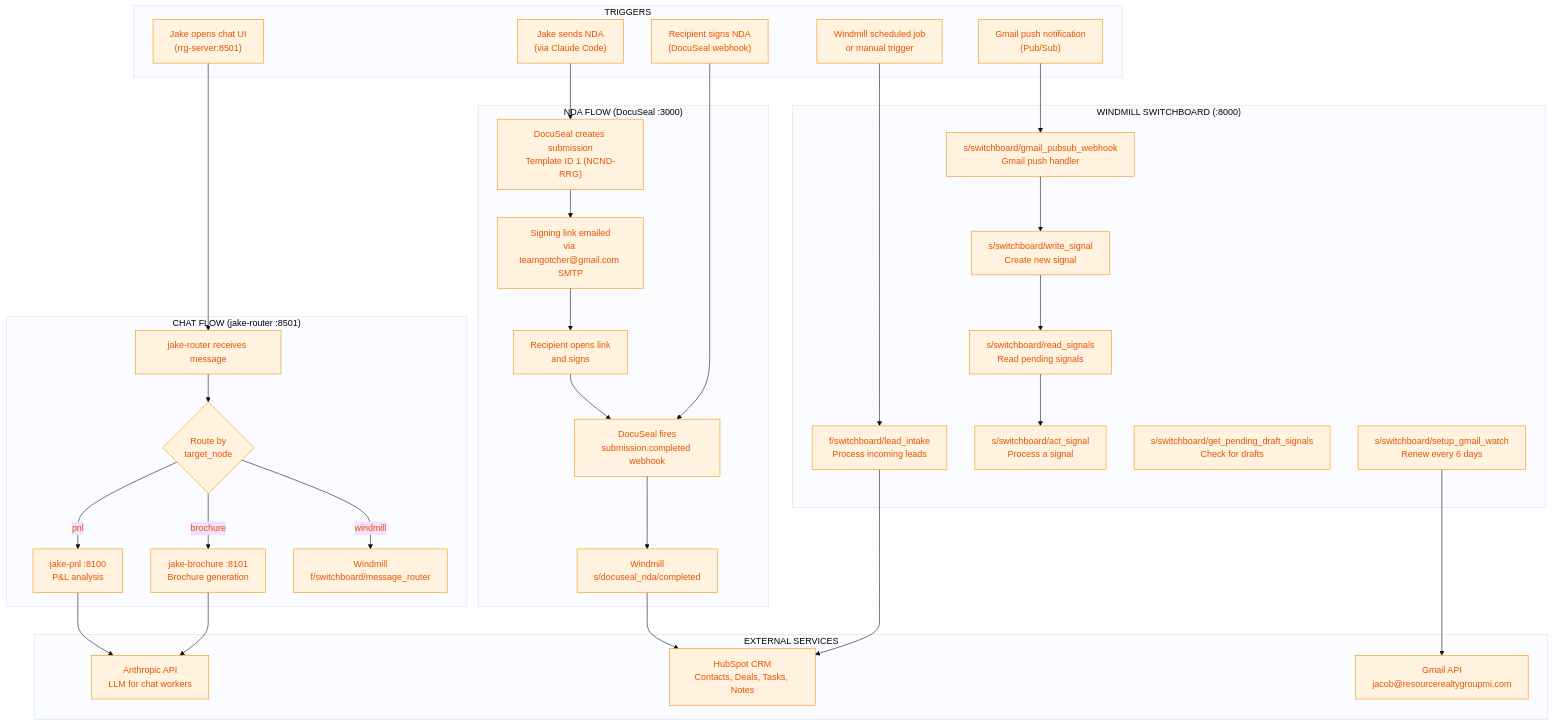
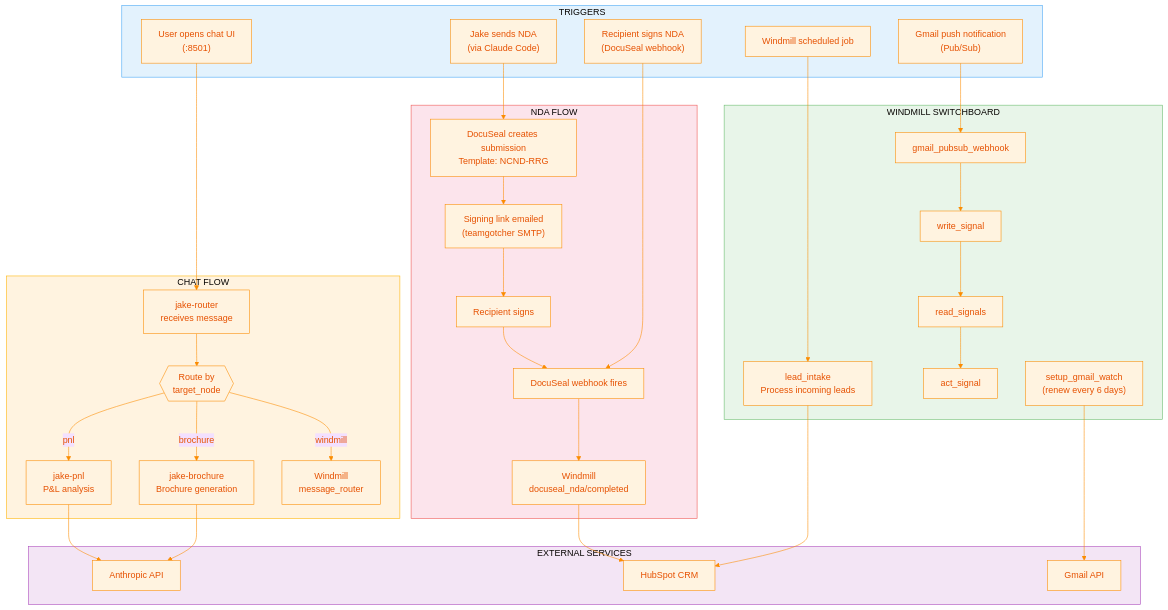
One commit to BeastofOne/rrg-server changed the diagram in docs/mermaid/layer3_workflows.mmd. Above: the diagram before and after it, drawn with Mermaid. The commit also changed 2 other files, not shown here.

Commit message:
Rewrite all three Mermaid layers for clarity and consistency
Layer 1: Remove credentials, eliminate duplicate nodes, grey out offline devices, add Funnel as public internet entry point.
Layer 2: Remove image sizes from labels, separate Funnel into own subgraph inside server, drop source code and build pipeline (belongs in docs not diagrams), add color-coded subgraph styling.
Layer 3: Shorten Windmill paths to readable names, remove orphaned get_pending_draft_signals node, use hexagon for route decision node, add consistent color-coded styling across all subgraphs.

```diff
--- a/docs/mermaid/layer3_workflows.mmd
+++ b/docs/mermaid/layer3_workflows.mmd
@@ -1,73 +1,72 @@
-%%{init: {'theme': 'base', 'themeVariables': { 'primaryColor': '#fff3e0', 'primaryTextColor': '#e65100', 'primaryBorderColor': '#fb8c00'}}}%%
+%%{init: {'theme': 'base', 'themeVariables': { 'primaryColor': '#fff3e0', 'primaryTextColor': '#e65100', 'primaryBorderColor': '#fb8c00', 'lineColor': '#fb8c00'}}}%%
 
 graph TB
     subgraph TRIGGERS["TRIGGERS"]
-        T1["Jake opens chat UI<br/>(rrg-server:8501)"]
-        T2["Jake sends NDA<br/>(via Claude Code)"]
-        T3["Recipient signs NDA<br/>(DocuSeal webhook)"]
-        T4["Windmill scheduled job<br/>or manual trigger"]
-        T5["Gmail push notification<br/>(Pub/Sub)"]
+        T_CHAT["User opens chat UI<br/>(:8501)"]
+        T_NDA["Jake sends NDA<br/>(via Claude Code)"]
+        T_SIGN["Recipient signs NDA<br/>(DocuSeal webhook)"]
+        T_SCHED["Windmill scheduled job"]
+        T_GMAIL["Gmail push notification<br/>(Pub/Sub)"]
     end
 
-    subgraph CHAT_FLOW["CHAT FLOW (jake-router :8501)"]
-        ROUTER_IN["jake-router receives message"]
-        ROUTE_DECIDE{"Route by<br/>target_node"}
-        PNL_WORKER["jake-pnl :8100<br/>P&L analysis"]
-        BROCHURE_WORKER["jake-brochure :8101<br/>Brochure generation"]
-        WM_FLOW["Windmill<br/>f/switchboard/message_router"]
+    subgraph CHAT_FLOW["CHAT FLOW"]
+        ROUTER["jake-router<br/>receives message"]
+        ROUTE{{"Route by<br/>target_node"}}
+        PNL["jake-pnl<br/>P&L analysis"]
+        BROCHURE["jake-brochure<br/>Brochure generation"]
+        WM_MSG["Windmill<br/>message_router"]
     end
 
-    subgraph NDA_FLOW["NDA FLOW (DocuSeal :3000)"]
-        NDA_SEND["DocuSeal creates submission<br/>Template ID 1 (NCND-RRG)"]
-        NDA_EMAIL["Signing link emailed<br/>via teamgotcher@gmail.com SMTP"]
-        NDA_SIGN["Recipient opens link<br/>and signs"]
-        NDA_WEBHOOK["DocuSeal fires<br/>submission.completed webhook"]
-        NDA_HANDLER["Windmill<br/>s/docuseal_nda/completed"]
+    subgraph NDA_FLOW["NDA FLOW"]
+        DS_CREATE["DocuSeal creates submission<br/>Template: NCND-RRG"]
+        DS_EMAIL["Signing link emailed<br/>(teamgotcher SMTP)"]
+        DS_SIGN["Recipient signs"]
+        DS_HOOK["DocuSeal webhook fires"]
+        DS_HANDLER["Windmill<br/>docuseal_nda/completed"]
     end
 
-    subgraph WINDMILL_FLOWS["WINDMILL SWITCHBOARD (:8000)"]
-        WM_LEAD["f/switchboard/lead_intake<br/>Process incoming leads"]
-        WM_SIGNAL_W["s/switchboard/write_signal<br/>Create new signal"]
-        WM_SIGNAL_R["s/switchboard/read_signals<br/>Read pending signals"]
-        WM_SIGNAL_A["s/switchboard/act_signal<br/>Process a signal"]
-        WM_DRAFTS["s/switchboard/get_pending_draft_signals<br/>Check for drafts"]
-        WM_GMAIL["s/switchboard/gmail_pubsub_webhook<br/>Gmail push handler"]
-        WM_WATCH["s/switchboard/setup_gmail_watch<br/>Renew every 6 days"]
+    subgraph SWITCHBOARD["WINDMILL SWITCHBOARD"]
+        LEAD["lead_intake<br/>Process incoming leads"]
+        SIG_W["write_signal"]
+        SIG_R["read_signals"]
+        SIG_A["act_signal"]
+        GMAIL_WH["gmail_pubsub_webhook"]
+        GMAIL_WATCH["setup_gmail_watch<br/>(renew every 6 days)"]
     end
 
-    subgraph ENDPOINTS["EXTERNAL SERVICES"]
-        HUBSPOT["HubSpot CRM<br/>Contacts, Deals, Tasks, Notes"]
-        CLAUDE["Anthropic API<br/>LLM for chat workers"]
-        GMAIL["Gmail API<br/>jacob@resourcerealtygroupmi.com"]
+    subgraph EXTERNAL["EXTERNAL SERVICES"]
+        HUBSPOT["HubSpot CRM"]
+        CLAUDE["Anthropic API"]
+        GMAIL_API["Gmail API"]
     end
 
     %% Chat flow
-    T1 --> ROUTER_IN
-    ROUTER_IN --> ROUTE_DECIDE
-    ROUTE_DECIDE -->|"pnl"| PNL_WORKER
-    ROUTE_DECIDE -->|"brochure"| BROCHURE_WORKER
-    ROUTE_DECIDE -->|"windmill"| WM_FLOW
-    PNL_WORKER --> CLAUDE
-    BROCHURE_WORKER --> CLAUDE
+    T_CHAT --> ROUTER --> ROUTE
+    ROUTE -->|"pnl"| PNL
+    ROUTE -->|"brochure"| BROCHURE
+    ROUTE -->|"windmill"| WM_MSG
+    PNL --> CLAUDE
+    BROCHURE --> CLAUDE
 
     %% NDA flow
-    T2 --> NDA_SEND
-    NDA_SEND --> NDA_EMAIL
-    NDA_EMAIL --> NDA_SIGN
-    T3 --> NDA_WEBHOOK
-    NDA_SIGN --> NDA_WEBHOOK
-    NDA_WEBHOOK --> NDA_HANDLER
-    NDA_HANDLER --> HUBSPOT
+    T_NDA --> DS_CREATE --> DS_EMAIL --> DS_SIGN
+    T_SIGN --> DS_HOOK
+    DS_SIGN --> DS_HOOK
+    DS_HOOK --> DS_HANDLER --> HUBSPOT
 
     %% Windmill flows
-    T4 --> WM_LEAD
-    WM_LEAD --> HUBSPOT
-    T5 --> WM_GMAIL
+    T_SCHED --> LEAD --> HUBSPOT
+    T_GMAIL --> GMAIL_WH --> SIG_W
 
-    %% Signal system
-    WM_SIGNAL_W --> WM_SIGNAL_R
-    WM_SIGNAL_R --> WM_SIGNAL_A
+    %% Signal pipeline
+    SIG_W --> SIG_R --> SIG_A
 
     %% Gmail watch
-    WM_WATCH --> GMAIL
-    WM_GMAIL --> WM_SIGNAL_W
+    GMAIL_WATCH --> GMAIL_API
+
+    %% Styling
+    style TRIGGERS fill:#e3f2fd,stroke:#42a5f5
+    style EXTERNAL fill:#f3e5f5,stroke:#ab47bc
+    style SWITCHBOARD fill:#e8f5e9,stroke:#66bb6a
+    style NDA_FLOW fill:#fce4ec,stroke:#ef5350
+    style CHAT_FLOW fill:#fff3e0,stroke:#ffb300
```
